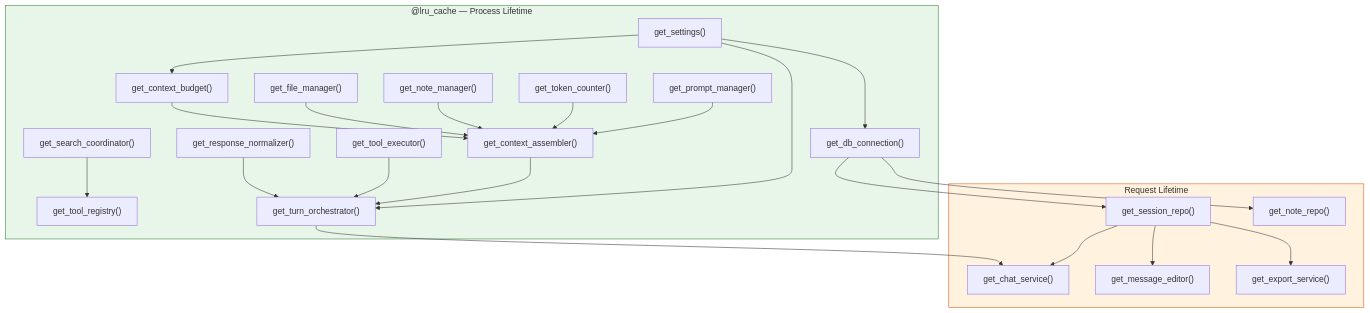
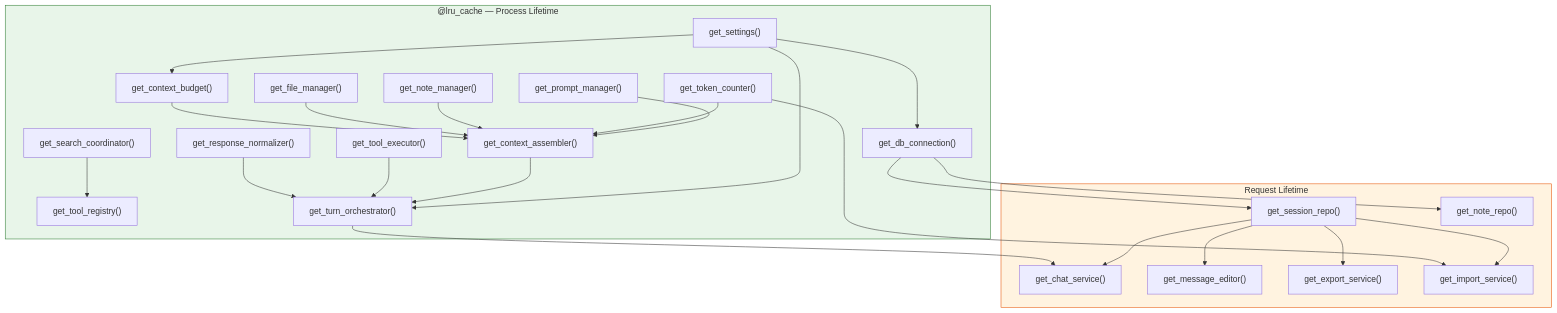
One commit to m1981/kuchnie changed the sixth of 17 diagrams in kitchen-agent/docs/specs/architecture-diagrams.md. Above: the diagram before and after it, drawn with Mermaid. The commit also changed other lines of this file and 1 other file, not shown here.

First line of the commit message:
docs: add import/export feature documentation and update architecture diagrams

````diff
--- a/kitchen-agent/docs/specs/architecture-diagrams.md
+++ b/kitchen-agent/docs/specs/architecture-diagrams.md
@@ -400,48 +406,51 @@
 ```mermaid
 graph TD
     subgraph Singletons["@lru_cache — Process Lifetime"]
         Settings["get_settings()"]
         DB["get_db_connection()"]
         ToolRegistry["get_tool_registry()"]
         PromptMgr["get_prompt_manager()"]
         Normalizer["get_response_normalizer()"]
         TokenCounter["get_token_counter()"]
         SearchCoord["get_search_coordinator()"]
         NoteMgr["get_note_manager()"]
         FileMgr["get_file_manager()"]
         ContextBudget["get_context_budget()"]
         ContextAssembler["get_context_assembler()"]
         ToolExec["get_tool_executor()"]
         Orchestrator["get_turn_orchestrator()"]
     end
 
     subgraph RequestScoped["Request Lifetime"]
         SessionRepo["get_session_repo()"]
         NoteRepo["get_note_repo()"]
         ChatSvc["get_chat_service()"]
         MsgEditor["get_message_editor()"]
         ExportSvc["get_export_service()"]
+        ImportSvc["get_import_service()"]
     end
 
     Settings --> DB
     Settings --> ContextBudget
     Settings --> Orchestrator
     DB --> SessionRepo
     DB --> NoteRepo
     SearchCoord --> ToolRegistry
     PromptMgr --> ContextAssembler
     TokenCounter --> ContextAssembler
     NoteMgr --> ContextAssembler
     FileMgr --> ContextAssembler
     ContextBudget --> ContextAssembler
     ContextAssembler --> Orchestrator
     ToolExec --> Orchestrator
     Normalizer --> Orchestrator
     SessionRepo --> ChatSvc
     Orchestrator --> ChatSvc
     SessionRepo --> MsgEditor
     SessionRepo --> ExportSvc
+    SessionRepo --> ImportSvc
+    TokenCounter --> ImportSvc
 
     style Singletons fill:#e8f5e9,stroke:#2E7D32
     style RequestScoped fill:#fff3e0,stroke:#E65100
 ```
````
